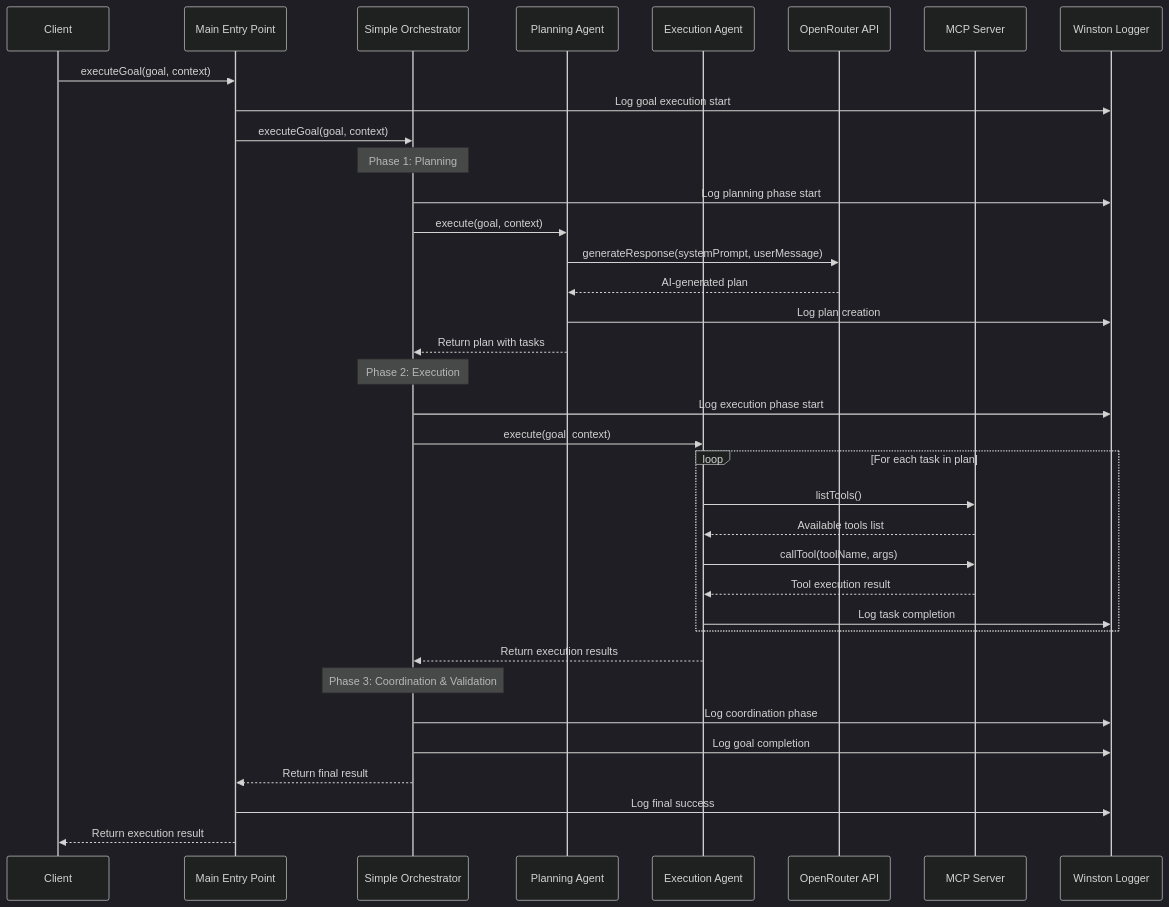
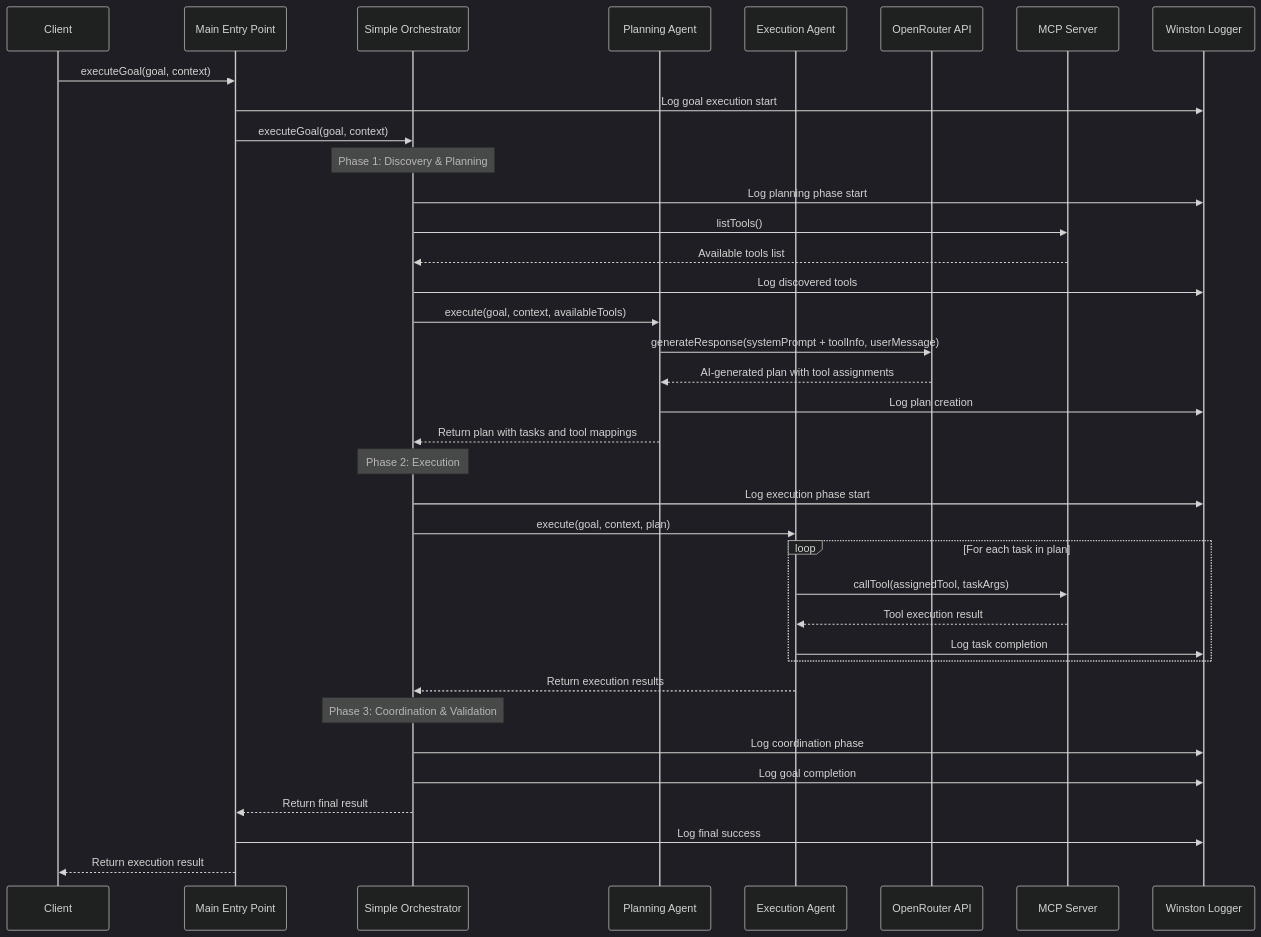
The second of 6 diagrams in README.md (easynet-world/7146-n8n-nodes-easy-ai-agent), drawn with Mermaid (dark theme) before and after one commit. The commit also changed other lines of this file and 2 other files, not shown here.

First line of the commit message:
Fix architecture flow: Discover MCP tools before planning

````diff
--- a/README.md
+++ b/README.md
@@ -77,46 +77,47 @@
 ```mermaid
 sequenceDiagram
     participant Client
     participant Main as Main Entry Point
     participant Orchestrator as Simple Orchestrator
     participant Planner as Planning Agent
     participant Executor as Execution Agent
     participant OpenRouter as OpenRouter API
     participant MCP as MCP Server
     participant Logger as Winston Logger
     
     Client->>Main: executeGoal(goal, context)
     Main->>Logger: Log goal execution start
     Main->>Orchestrator: executeGoal(goal, context)
     
-    Note over Orchestrator: Phase 1: Planning
+    Note over Orchestrator: Phase 1: Discovery & Planning
     Orchestrator->>Logger: Log planning phase start
-    Orchestrator->>Planner: execute(goal, context)
+    Orchestrator->>MCP: listTools()
+    MCP-->>Orchestrator: Available tools list
+    Orchestrator->>Logger: Log discovered tools
     
-    Planner->>OpenRouter: generateResponse(systemPrompt, userMessage)
-    OpenRouter-->>Planner: AI-generated plan
+    Orchestrator->>Planner: execute(goal, context, availableTools)
+    Planner->>OpenRouter: generateResponse(systemPrompt + toolInfo, userMessage)
+    OpenRouter-->>Planner: AI-generated plan with tool assignments
     Planner->>Logger: Log plan creation
-    Planner-->>Orchestrator: Return plan with tasks
+    Planner-->>Orchestrator: Return plan with tasks and tool mappings
     
     Note over Orchestrator: Phase 2: Execution
     Orchestrator->>Logger: Log execution phase start
-    Orchestrator->>Executor: execute(goal, context)
+    Orchestrator->>Executor: execute(goal, context, plan)
     
     loop For each task in plan
-        Executor->>MCP: listTools()
-        MCP-->>Executor: Available tools list
-        Executor->>MCP: callTool(toolName, args)
+        Executor->>MCP: callTool(assignedTool, taskArgs)
         MCP-->>Executor: Tool execution result
         Executor->>Logger: Log task completion
     end
     
     Executor-->>Orchestrator: Return execution results
     
     Note over Orchestrator: Phase 3: Coordination & Validation
     Orchestrator->>Logger: Log coordination phase
     Orchestrator->>Logger: Log goal completion
     Orchestrator-->>Main: Return final result
     
     Main->>Logger: Log final success
     Main-->>Client: Return execution result
 ```
````
